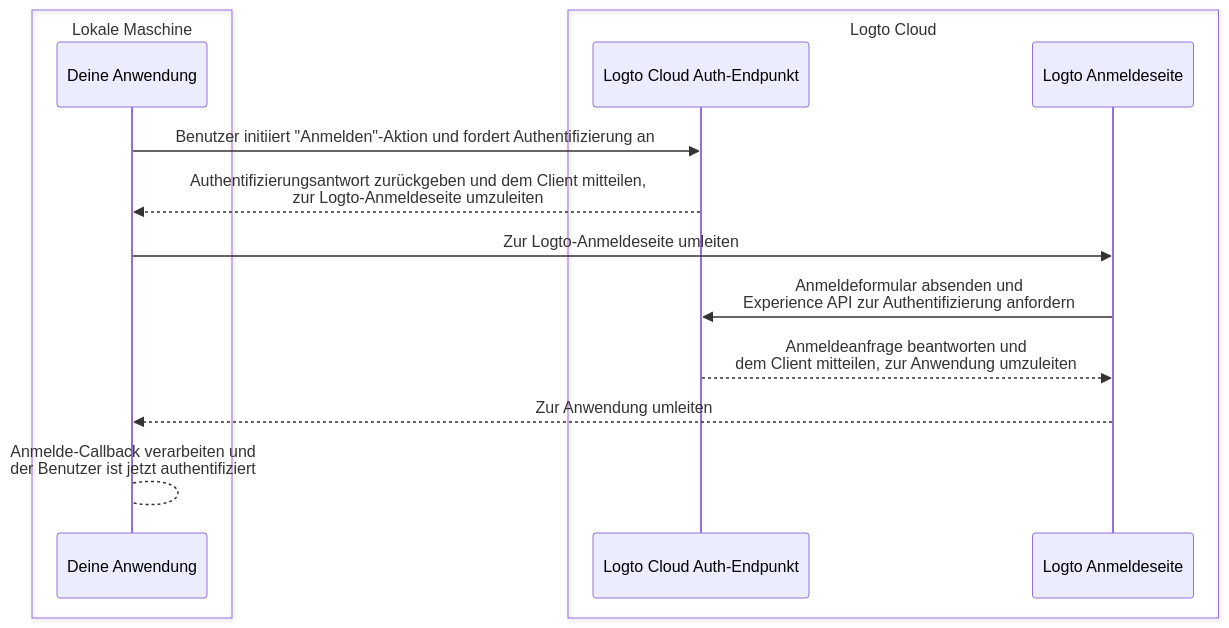
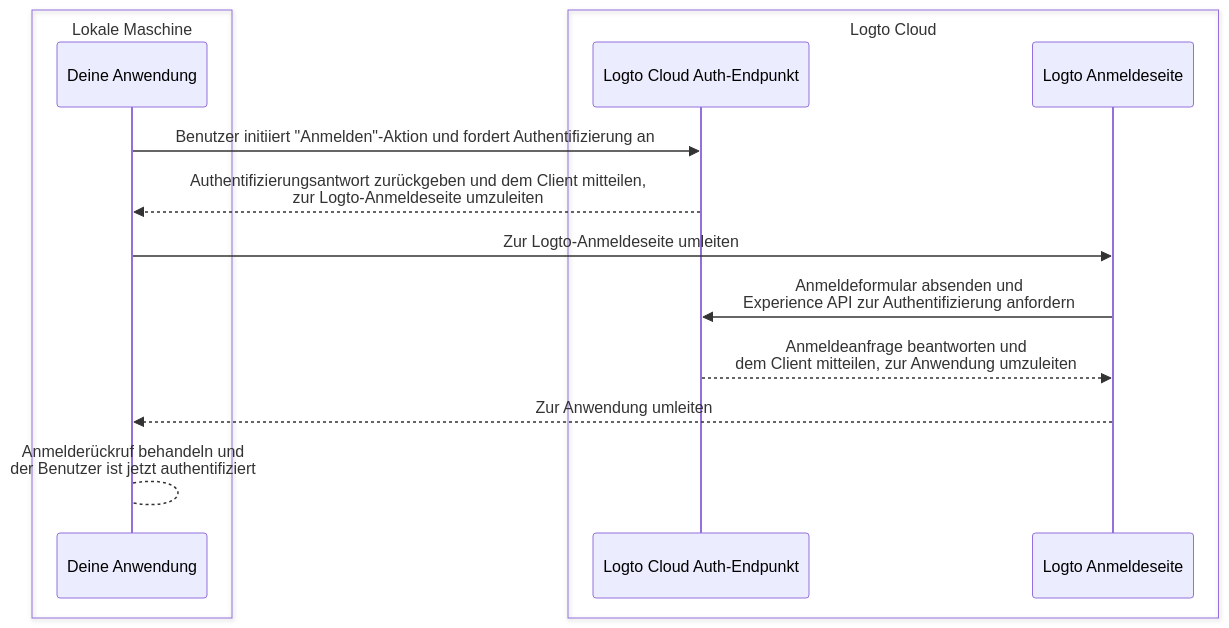
One commit to logto-io/docs changed the first of 2 diagrams in i18n/de/docusaurus-plugin-content-docs/current/customization/bring-your-ui/debug-and-test-your-custom-ui-locally.mdx. Above: the diagram before and after it, drawn with Mermaid. The commit also changed other lines of this file and 234 other files, not shown here.

````diff
--- a/i18n/de/docusaurus-plugin-content-docs/current/customization/bring-your-ui/debug-and-test-your-custom-ui-locally.mdx
+++ b/i18n/de/docusaurus-plugin-content-docs/current/customization/bring-your-ui/debug-and-test-your-custom-ui-locally.mdx
@@ -18,17 +18,17 @@
 ```mermaid
 sequenceDiagram
     box Lokale Maschine
     participant A as Deine Anwendung
     end
     box Logto Cloud
     participant B as Logto Cloud Auth-Endpunkt
     participant C as Logto Anmeldeseite
     end
     A ->> B: Benutzer initiiert "Anmelden"-Aktion und fordert Authentifizierung an
     B -->> A: Authentifizierungsantwort zurückgeben und dem Client mitteilen,<br/>zur Logto-Anmeldeseite umzuleiten
     A ->> C: Zur Logto-Anmeldeseite umleiten
     C ->> B: Anmeldeformular absenden und<br/>Experience API zur Authentifizierung anfordern
     B -->> C: Anmeldeanfrage beantworten und<br/>dem Client mitteilen, zur Anwendung umzuleiten
     C -->> A: Zur Anwendung umleiten
-    A --> A: Anmelde-Callback verarbeiten und<br/>der Benutzer ist jetzt authentifiziert
+    A --> A: Anmelderückruf behandeln und<br/>der Benutzer ist jetzt authentifiziert
 ```
````
